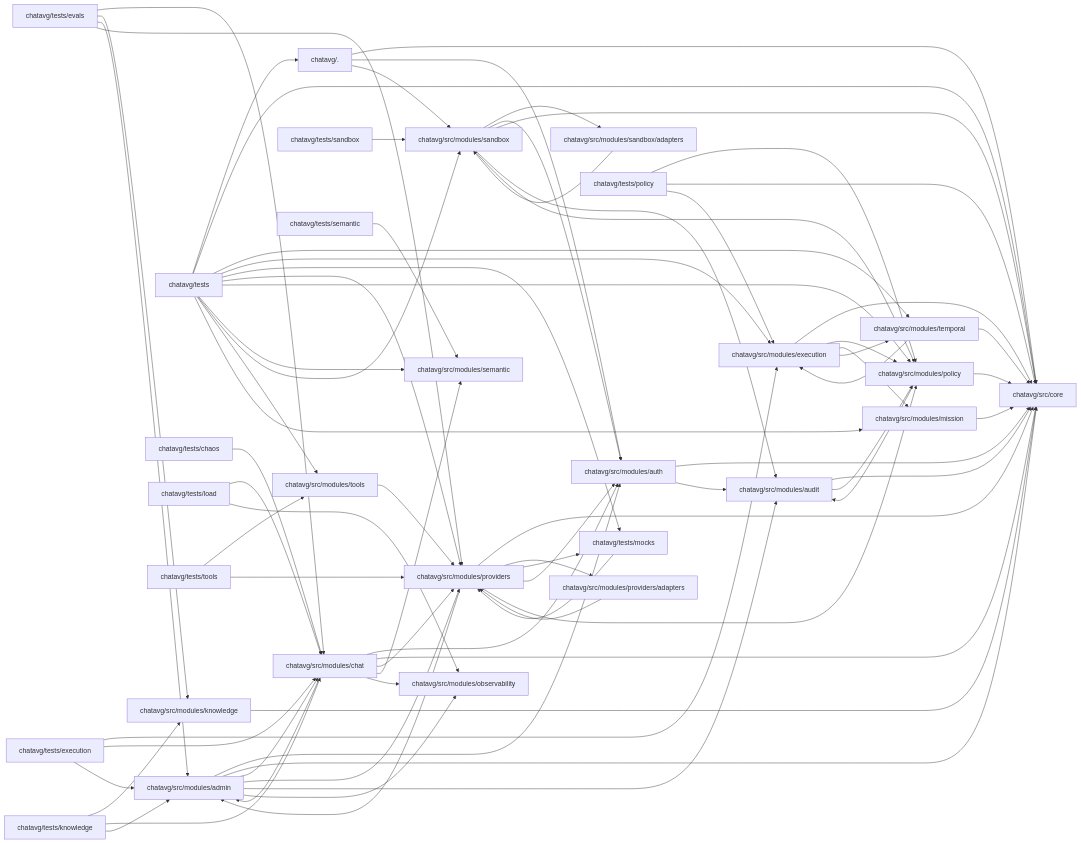
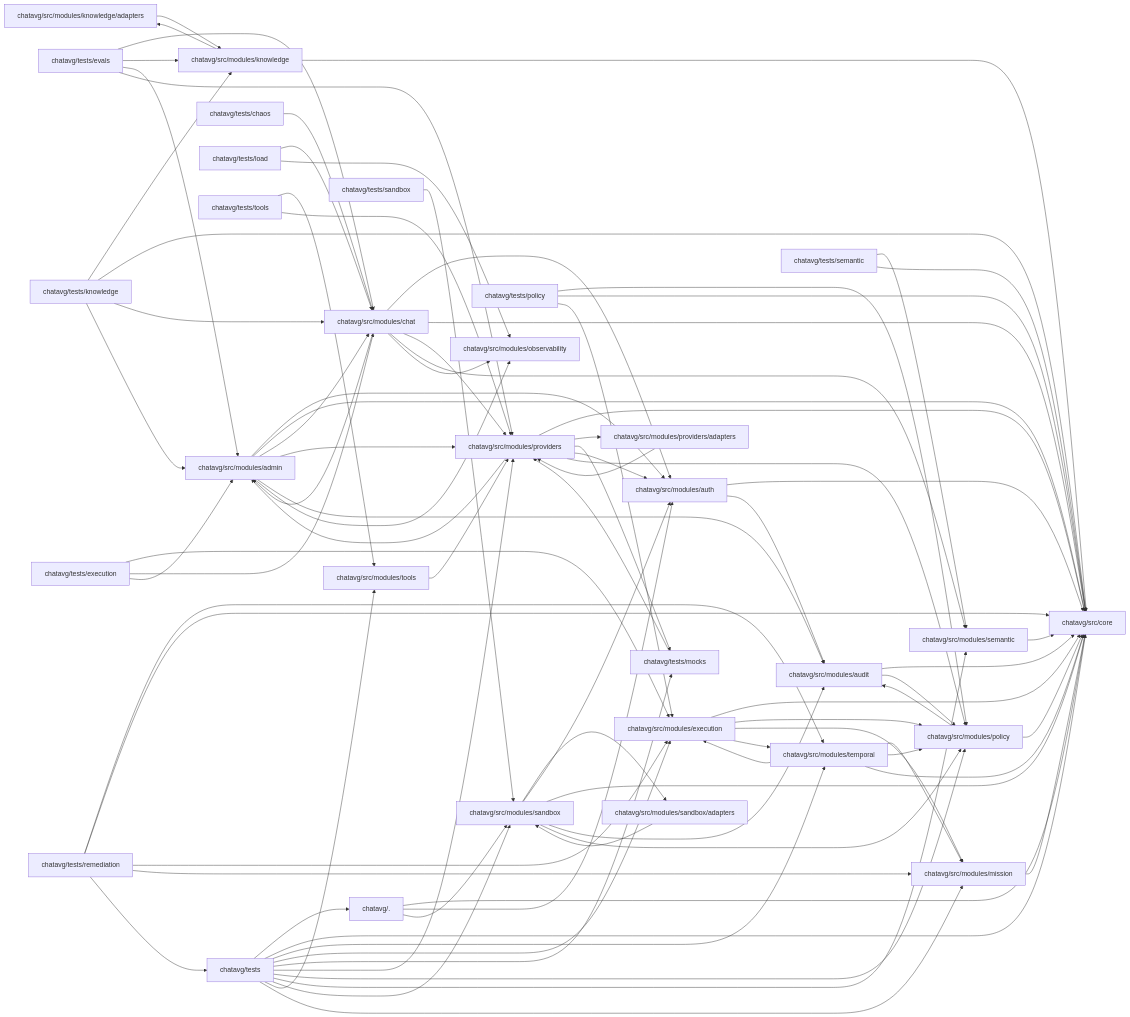
Before and after one commit to xlabkm-ux/chat_avg: the first of 2 diagrams in PROJECT_MAP.md, drawn with Mermaid. The commit also changed other lines of this file and 13 other files, not shown here.

````diff
--- a/PROJECT_MAP.md
+++ b/PROJECT_MAP.md
@@ -32,21 +32,23 @@
   H11["chatavg/src/modules/execution"]
   H12["chatavg/src/modules/mission"]
   H13["chatavg/src/modules/temporal"]
-  H14["chatavg/src/modules/knowledge"]
-  H15["chatavg/src/modules/providers/adapters"]
-  H16["chatavg/tests/mocks"]
-  H17["chatavg/src/modules/sandbox/adapters"]
-  H18["chatavg/src/modules/tools"]
-  H19["chatavg/tests"]
-  H20["chatavg/tests/chaos"]
-  H21["chatavg/tests/evals"]
-  H22["chatavg/tests/execution"]
-  H23["chatavg/tests/knowledge"]
-  H24["chatavg/tests/load"]
-  H25["chatavg/tests/policy"]
-  H26["chatavg/tests/sandbox"]
-  H27["chatavg/tests/semantic"]
-  H28["chatavg/tests/tools"]
+  H14["chatavg/src/modules/knowledge/adapters"]
+  H15["chatavg/src/modules/knowledge"]
+  H16["chatavg/src/modules/providers/adapters"]
+  H17["chatavg/tests/mocks"]
+  H18["chatavg/src/modules/sandbox/adapters"]
+  H19["chatavg/src/modules/tools"]
+  H20["chatavg/tests"]
+  H21["chatavg/tests/chaos"]
+  H22["chatavg/tests/evals"]
+  H23["chatavg/tests/execution"]
+  H24["chatavg/tests/knowledge"]
+  H25["chatavg/tests/load"]
+  H26["chatavg/tests/policy"]
+  H27["chatavg/tests/remediation"]
+  H28["chatavg/tests/sandbox"]
+  H29["chatavg/tests/semantic"]
+  H30["chatavg/tests/tools"]
   H0 --> H1
   H0 --> H2
   H0 --> H3
@@ -70,56 +72,68 @@
   H11 --> H9
   H11 --> H12
   H11 --> H13
-  H14 --> H1
+  H14 --> H15
+  H15 --> H1
+  H15 --> H14
   H12 --> H1
   H9 --> H1
   H9 --> H7
-  H15 --> H6
+  H16 --> H6
   H6 --> H1
-  H6 --> H15
   H6 --> H16
+  H6 --> H17
   H6 --> H2
   H6 --> H9
   H6 --> H4
-  H17 --> H3
-  H3 --> H17
+  H18 --> H3
+  H3 --> H18
   H3 --> H2
   H3 --> H1
   H3 --> H7
   H3 --> H9
+  H10 --> H1
   H13 --> H11
+  H13 --> H12
+  H13 --> H9
   H13 --> H1
-  H18 --> H6
-  H19 --> H0
-  H19 --> H1
-  H19 --> H13
-  H19 --> H11
-  H20 --> H5
-  H19 --> H16
   H19 --> H6
-  H19 --> H9
-  H19 --> H10
+  H20 --> H0
+  H20 --> H1
+  H20 --> H13
+  H20 --> H11
   H21 --> H5
-  H21 --> H14
-  H21 --> H4
-  H21 --> H6
-  H22 --> H11
+  H20 --> H17
+  H20 --> H6
+  H20 --> H9
+  H20 --> H10
   H22 --> H5
+  H22 --> H15
   H22 --> H4
-  H23 --> H14
+  H22 --> H6
+  H23 --> H11
   H23 --> H5
   H23 --> H4
+  H24 --> H15
+  H24 --> H1
   H24 --> H5
-  H24 --> H8
-  H16 --> H6
-  H25 --> H9
-  H25 --> H1
-  H25 --> H11
-  H26 --> H3
-  H19 --> H3
-  H19 --> H18
-  H19 --> H12
-  H27 --> H10
-  H28 --> H18
-  H28 --> H6
+  H24 --> H4
+  H25 --> H5
+  H25 --> H8
+  H17 --> H6
+  H26 --> H9
+  H26 --> H1
+  H26 --> H11
+  H27 --> H13
+  H27 --> H1
+  H27 --> H11
+  H27 --> H12
+  H27 --> H20
+  H28 --> H3
+  H20 --> H3
+  H20 --> H19
+  H20 --> H12
+  H29 --> H10
+  H29 --> H1
+  H30 --> H19
+  H30 --> H6
 ```
````
